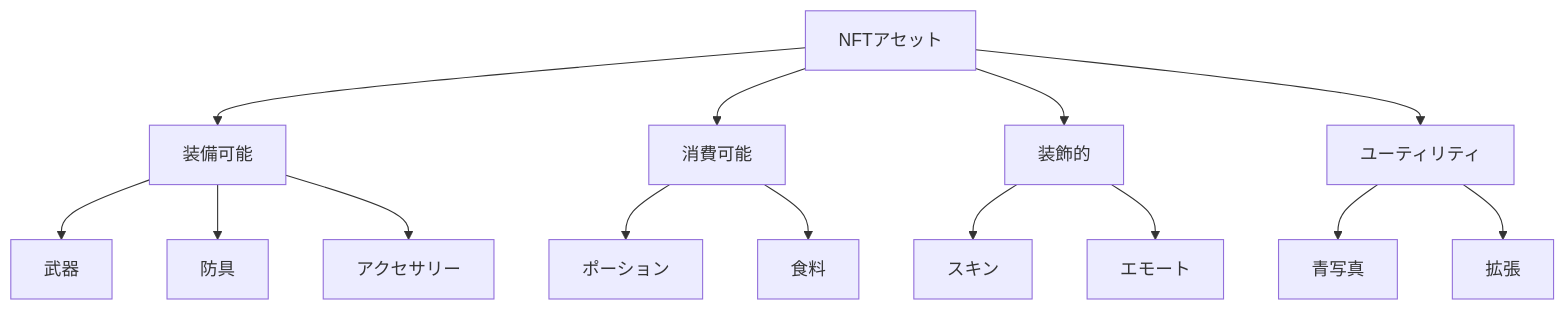
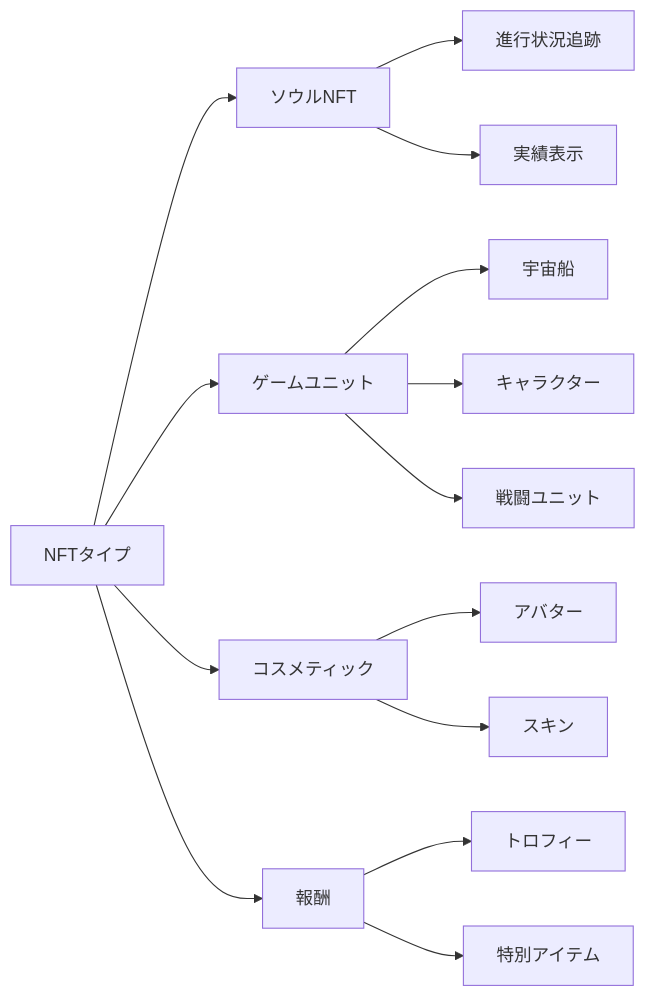
Before and after one commit to cosmicrafts/cosmicrafts-dao: the first of 2 diagrams in src/frontend/src/assets/markdown/ja/core-features.md, drawn with Mermaid. The commit also changed other lines of this file and 12 other files, not shown here.

````diff
--- a/src/frontend/src/assets/markdown/ja/core-features.md
+++ b/src/frontend/src/assets/markdown/ja/core-features.md
@@ -59,16 +45,20 @@
 ```mermaid
-graph TD
-    A[NFTアセット] --> B[装備可能]
-    A --> C[消費可能]
-    A --> D[装飾的]
-    A --> E[ユーティリティ]
-    B --> F[武器]
-    B --> G[防具]
-    B --> H[アクセサリー]
-    C --> I[ポーション]
-    C --> J[食料]
-    D --> K[スキン]
-    D --> L[エモート]
-    E --> M[青写真]
-    E --> N[拡張]
+graph LR
+    A[NFTタイプ] --> B[ソウルNFT]
+    A --> C[ゲームユニット]
+    A --> D[コスメティック]
+    A --> E[報酬]
+    
+    B --> B1[進行状況追跡]
+    B --> B2[実績表示]
+    
+    C --> C1[宇宙船]
+    C --> C2[キャラクター]
+    C --> C3[戦闘ユニット]
+    
+    D --> D1[アバター]
+    D --> D2[スキン]
+    
+    E --> E1[トロフィー]
+    E --> E2[特別アイテム]
 ```
````
